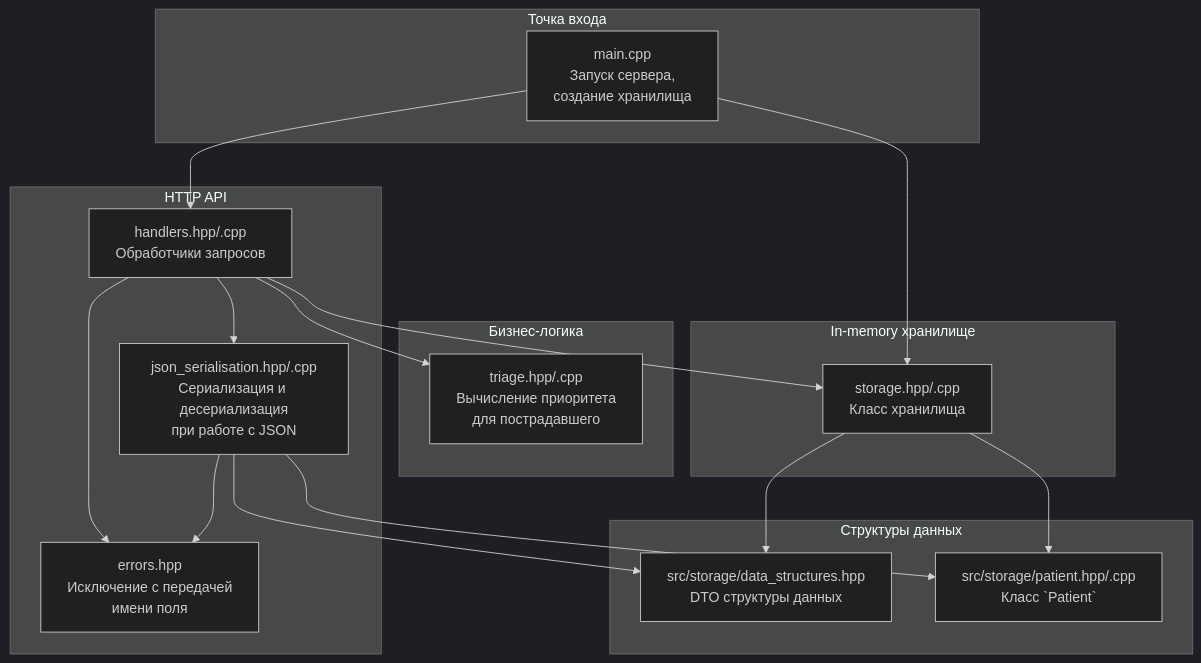
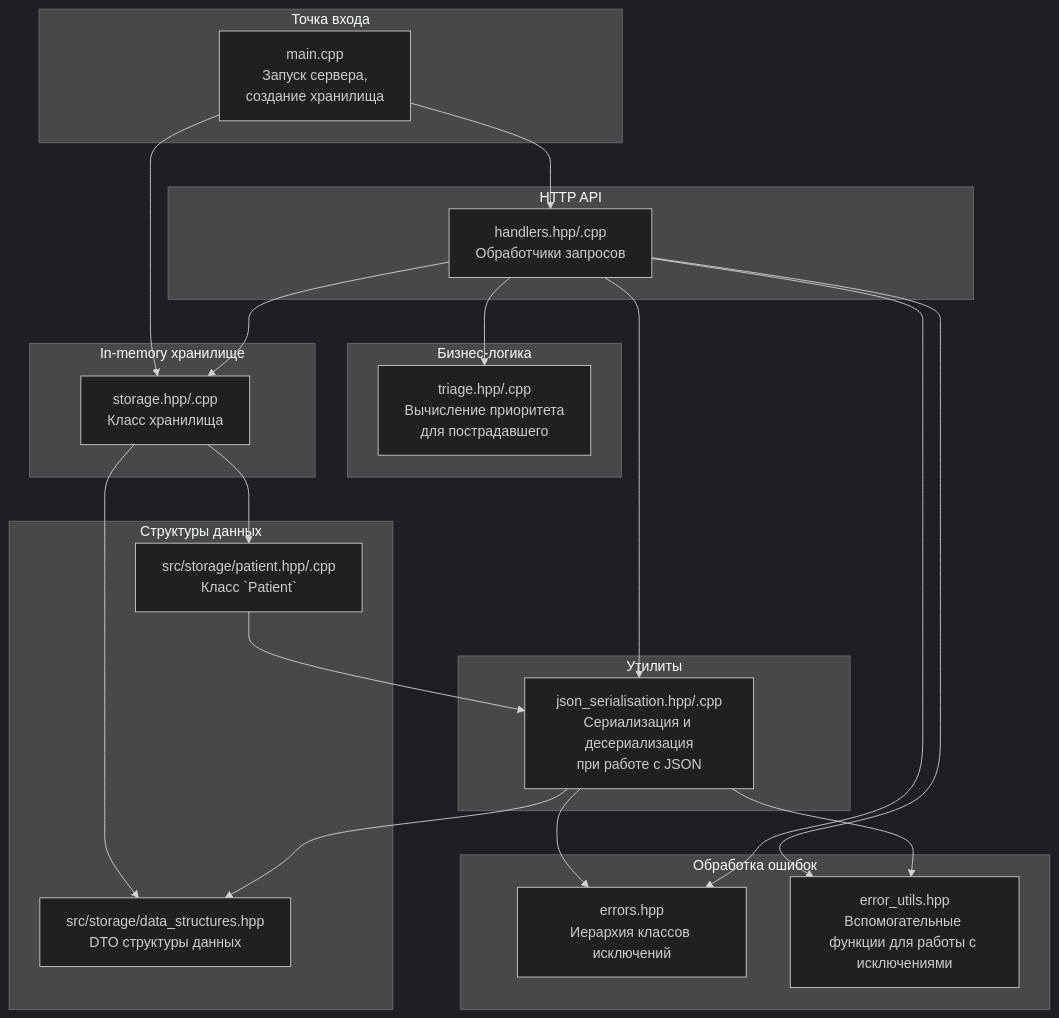
The diagram in docs/architecture.md (V1aDD05/emergency-triage-backend), drawn with Mermaid (dark theme) before and after one commit. The commit also changed other lines of this file and 1 other file, not shown here.

Commit message:
docs: update 'architecture.md' and 'data_structures.md'
- Update information about actual 'POST /patients' handler HTTP codes (400, 404, 409, 500)
- Rename 'timestamp' with 'request_receipt_time' in 'Patient' class and related descriptions
- Updated scheme of component dependencies in architecture diagram

````diff
--- a/docs/architecture.md
+++ b/docs/architecture.md
@@ -8,38 +8,48 @@
 ```mermaid
 flowchart TD
     subgraph "Точка входа"
         M["main.cpp\nЗапуск сервера,\nсоздание хранилища"]
     end
 
     subgraph "HTTP API"
         A["handlers.hpp/.cpp\nОбработчики запросов"]
-        B["json_serialisation.hpp/.cpp\nСериализация и десериализация\nпри работе с JSON"]
-        C["errors.hpp\nИсключение с передачей\nимени поля"]
+        
     end
 
     subgraph "Бизнес-логика"
         D["triage.hpp/.cpp\nВычисление приоритета\nдля пострадавшего"]
     end
 
     subgraph "In-memory хранилище"
         E["storage.hpp/.cpp\nКласс хранилища"]
     end
 
     subgraph "Структуры данных"
         F["src/storage/data_structures.hpp\nDTO структуры данных"]
         G["src/storage/patient.hpp/.cpp\nКласс `Patient`"]
     end
 
+    subgraph "Утилиты"
+        B["json_serialisation.hpp/.cpp\nСериализация и десериализация\nпри работе с JSON"]
+    end
+
+    subgraph "Обработка ошибок"
+        C["errors.hpp\nИерархия классов исключений"]
+        H["error_utils.hpp\nВспомогательные функции для работы с исключениями"]
+    end
+
     M --> A
     M --> E
     A --> B
     B --> C
     A --> C
     A --> D
     A --> E
     E --> F
     E --> G
     B --> F
-    B --> G
+    G --> B
+    A --> H
+    B --> H
 
 ```
````
